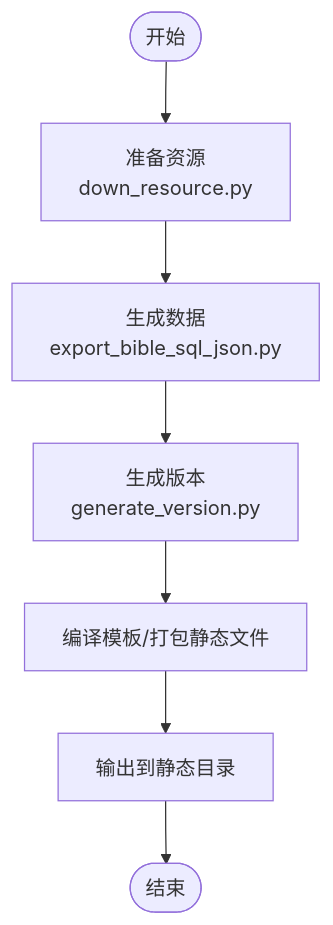
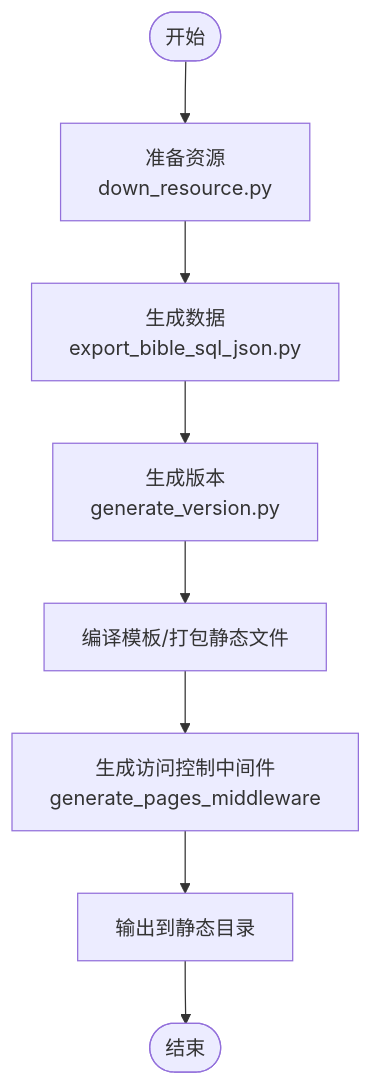
One commit to zhao-zg/cx changed the third of 4 diagrams in .qoder/repowiki/zh/content/部署发布/Web部署.md. Above: the diagram before and after it, drawn with Mermaid. The commit also changed other lines of this file and 36 other files, not shown here.

````diff
--- a/.qoder/repowiki/zh/content/部署发布/Web部署.md
+++ b/.qoder/repowiki/zh/content/部署发布/Web部署.md
@@ -143,9 +185,10 @@
 ```mermaid
 flowchart TD
 Start(["开始"]) --> Prep["准备资源<br/>down_resource.py"]
 Prep --> Gen["生成数据<br/>export_bible_sql_json.py"]
 Gen --> Ver["生成版本<br/>generate_version.py"]
 Ver --> Compile["编译模板/打包静态文件"]
-Compile --> Out["输出到静态目录"]
+Compile --> MW["生成访问控制中间件<br/>generate_pages_middleware"]
+MW --> Out["输出到静态目录"]
 Out --> End(["结束"])
 ```
````
